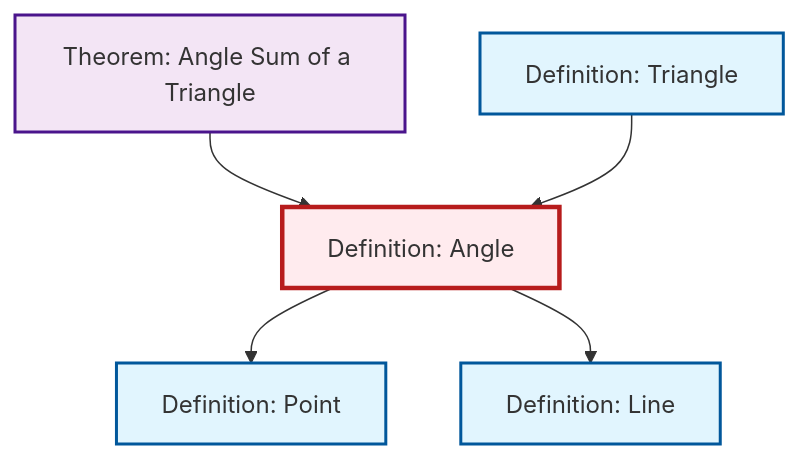
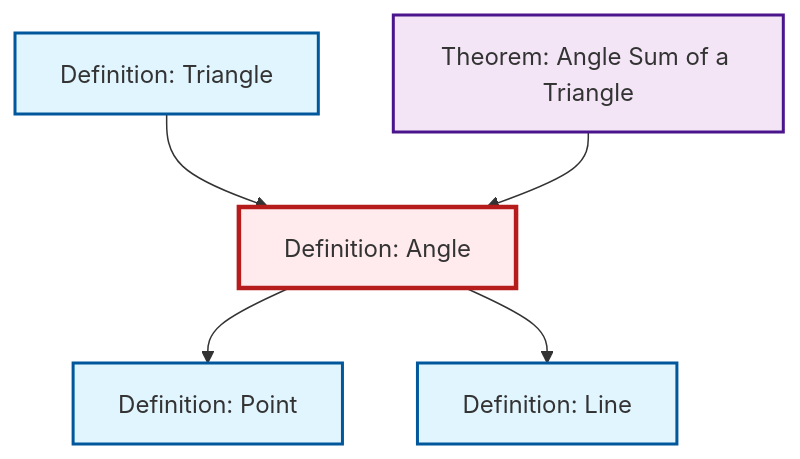
The diagram in content/en/geometry/def-angle.qmd (RK0429/ModernMath), drawn with Mermaid before and after one commit. The commit also changed other lines of this file and 530 other files, not shown here.

````diff
--- a/content/en/geometry/def-angle.qmd
+++ b/content/en/geometry/def-angle.qmd
@@ -49,23 +49,23 @@
 ```{mermaid}
 %%| fig-cap: "Local dependency graph"
 graph TD
     classDef definition fill:#e1f5fe,stroke:#01579b,stroke-width:2px
     classDef theorem fill:#f3e5f5,stroke:#4a148c,stroke-width:2px
     classDef axiom fill:#fff3e0,stroke:#e65100,stroke-width:2px
     classDef example fill:#e8f5e9,stroke:#1b5e20,stroke-width:2px
     classDef current fill:#ffebee,stroke:#b71c1c,stroke-width:3px
+    thm-angle-sum-triangle["Theorem: Angle Sum of a Triangle"]:::theorem
+    def-point["Definition: Point"]:::definition
+    def-triangle["Definition: Triangle"]:::definition
     def-line["Definition: Line"]:::definition
     def-angle["Definition: Angle"]:::definition
-    thm-angle-sum-triangle["Theorem: Angle Sum of a Triangle"]:::theorem
-    def-triangle["Definition: Triangle"]:::definition
-    def-point["Definition: Point"]:::definition
+    def-angle --> def-point
+    def-triangle --> def-angle
     thm-angle-sum-triangle --> def-angle
-    def-triangle --> def-angle
-    def-angle --> def-point
     def-angle --> def-line
     class def-angle current
+    click thm-angle-sum-triangle "thm-angle-sum-triangle.html" "Go to Angle Sum of a Triangle theorem"
+    click def-point "def-point.html" "Go to Point definition"
+    click def-triangle "def-triangle.html" "Go to Triangle definition"
     click def-line "def-line.html" "Go to Line definition"
-    click thm-angle-sum-triangle "thm-angle-sum-triangle.html" "Go to Angle Sum of a Triangle theorem"
-    click def-triangle "def-triangle.html" "Go to Triangle definition"
-    click def-point "def-point.html" "Go to Point definition"
 ```
````
